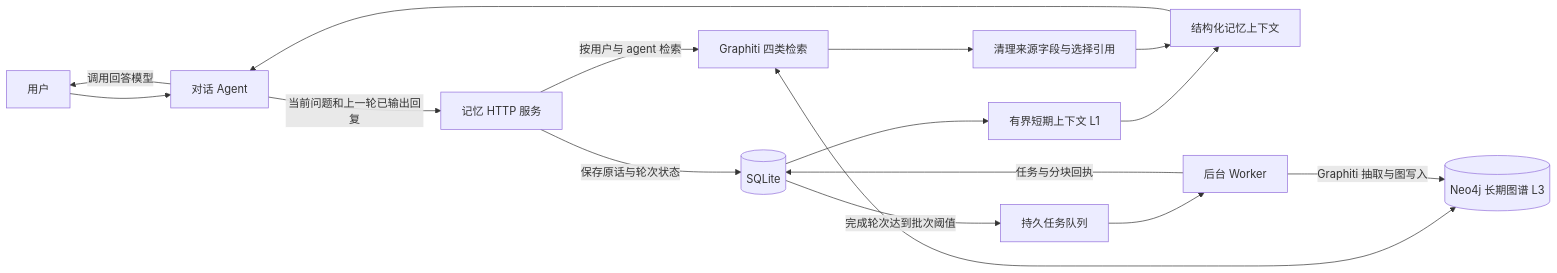
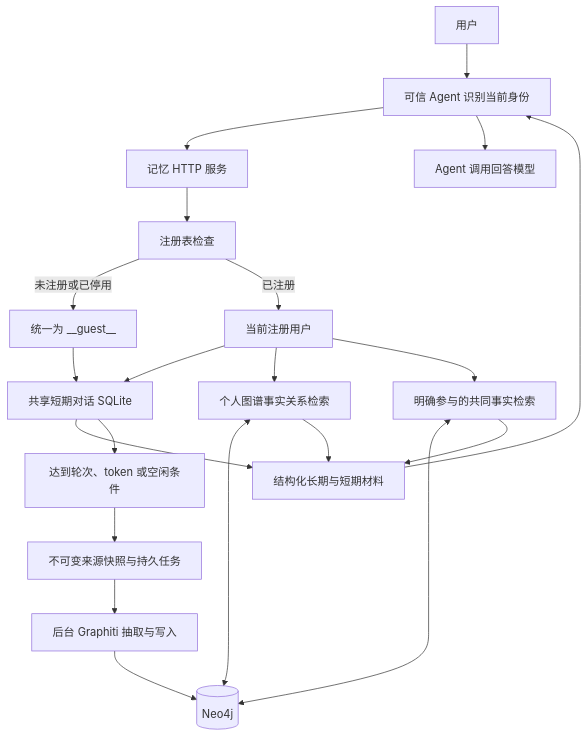
Before and after one commit to szsing/Bumi_Mem: the diagram in README.md, drawn with Mermaid. The commit also changed other lines of this file and 114 other files, not shown here.

````diff
--- a/README.md
+++ b/README.md
@@ -23,18 +29,23 @@
 ```mermaid
-flowchart LR
-    U[用户] --> A[对话 Agent]
-    A -->|当前问题和上一轮已输出回复| API[记忆 HTTP 服务]
-    API -->|保存原话与轮次状态| S[(SQLite)]
-    S --> L1[有界短期上下文 L1]
-    API -->|按用户与 agent 检索| R[Graphiti 四类检索]
-    R <--> N[(Neo4j 长期图谱 L3)]
-    R --> C[清理来源字段与选择引用]
-    L1 --> O[结构化记忆上下文]
-    C --> O
-    O --> A
-    A -->|调用回答模型| U
-    S -->|完成轮次达到批次阈值| Q[持久任务队列]
-    Q --> W[后台 Worker]
-    W -->|Graphiti 抽取与图写入| N
-    W -->|任务与分块回执| S
+flowchart TD
+    USER[用户] --> AGENT[可信 Agent 识别当前身份]
+    AGENT --> API[记忆 HTTP 服务]
+    API --> REG[注册表检查]
+    REG -->|未注册或已停用| GUEST[统一为 __guest__]
+    GUEST --> L1[共享短期对话 SQLite]
+    REG -->|已注册| OWNER[当前注册用户]
+    OWNER --> L1
+    OWNER --> PRIVATE[个人图谱事实关系检索]
+    OWNER --> SHARED[明确参与的共同事实检索]
+    PRIVATE <--> NEO[(Neo4j)]
+    SHARED <--> NEO
+    PRIVATE --> CONTEXT[结构化长期与短期材料]
+    SHARED --> CONTEXT
+    L1 --> CONTEXT
+    CONTEXT --> AGENT
+    AGENT --> ANSWER[Agent 调用回答模型]
+    L1 --> TRIGGER[达到轮次、token 或空闲条件]
+    TRIGGER --> JOB[不可变来源快照与持久任务]
+    JOB --> WORKER[后台 Graphiti 抽取与写入]
+    WORKER --> NEO
 ```
````
